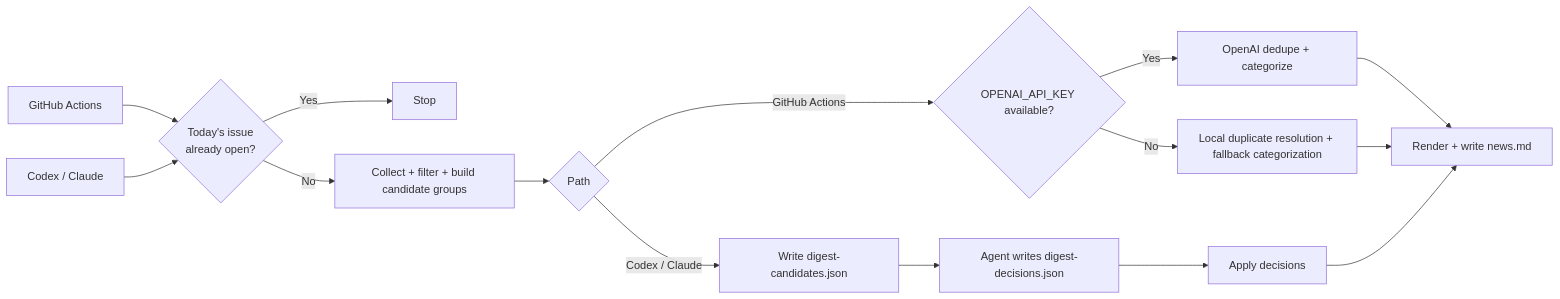
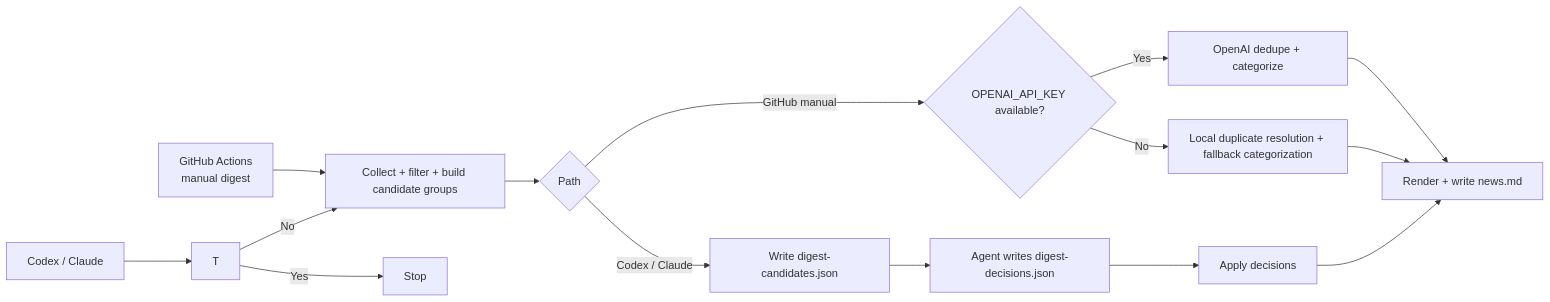
The second of 2 diagrams in docs/architecture.md (ActioBio/bio-news-agent), drawn with Mermaid before and after one commit. The commit also changed other lines of this file and 6 other files, not shown here.

Commit message:
fix(digest): Use Luna and Eastern issue dates (#380)

````diff
--- a/docs/architecture.md
+++ b/docs/architecture.md
@@ -60,17 +60,17 @@
 ```mermaid
 flowchart LR
-    GH[GitHub Actions] --> T{Today's issue<br/>already open?}
+    GH[GitHub Actions<br/>manual digest] --> C[Collect + filter + build candidate groups]
     AGENT[Codex / Claude] --> T
     T -- Yes --> S[Stop]
-    T -- No --> C[Collect + filter + build candidate groups]
+    T -- No --> C
     C --> P{Path}
-    P -- GitHub Actions --> K1{OPENAI_API_KEY available?}
+    P -- GitHub manual --> K1{OPENAI_API_KEY available?}
     K1 -- Yes --> L[OpenAI dedupe + categorize]
     K1 -- No --> R[Local duplicate resolution + fallback categorization]
     P -- Codex / Claude --> X[Write digest-candidates.json]
     X --> Y[Agent writes digest-decisions.json]
     Y --> Z[Apply decisions]
     L --> W[Render + write news.md]
     R --> W
     Z --> W
 ```
````
